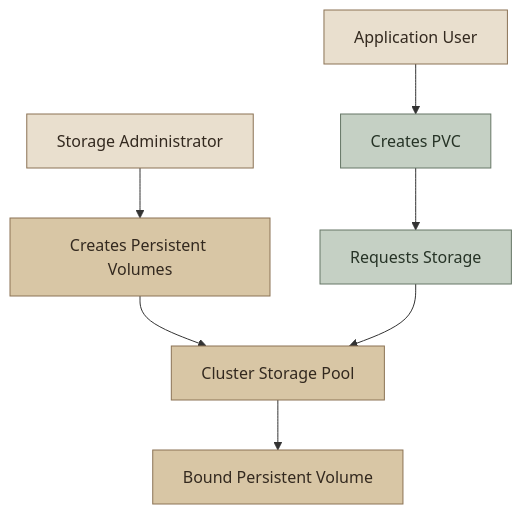
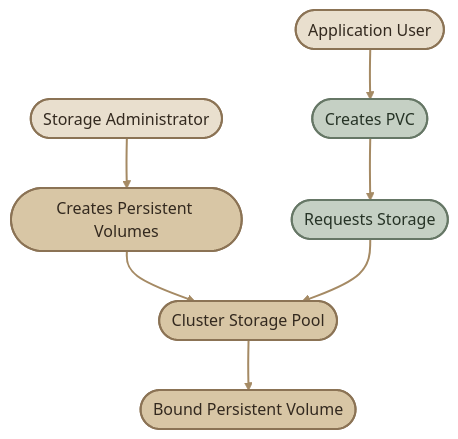
Before and after one commit to mustafammasoud/ops-handbook: the first of 2 diagrams in content/container-orchestration/kubernetes/Storage/persistent-volumes.mdx, drawn with Mermaid. The commit also changed other lines of this file and 2 other files, not shown here.

Commit message:
docs(kubernetes): editing in content

````diff
--- a/content/container-orchestration/kubernetes/Storage/persistent-volumes.mdx
+++ b/content/container-orchestration/kubernetes/Storage/persistent-volumes.mdx
@@ -46,17 +44,19 @@
 ```mermaid
 flowchart TD
-    A["Storage Administrator"] --> B["Creates Persistent Volumes"]
-    B --> C["Cluster Storage Pool"]
-    D["Application User"] --> E["Creates PVC"]
-    E --> F["Requests Storage"]
+    A(["Storage Administrator"]) --> B(["Creates Persistent Volumes"])
+    B --> C(["Cluster Storage Pool"])
+    D(["Application User"]) --> E(["Creates PVC"])
+    E --> F(["Requests Storage"])
     F --> C
-    C --> G["Bound Persistent Volume"]
+    C --> G(["Bound Persistent Volume"])
 
-    classDef admin fill:#e9dfce,stroke:#8b7355,color:#33291f
-    classDef storage fill:#d8c6a5,stroke:#8b7355,color:#33291f
-    classDef user fill:#c5d0c4,stroke:#667766,color:#263326
+    classDef admin fill:#e9dfce,stroke:#8b7355,color:#33291f,stroke-width:2px
+    classDef storage fill:#d8c6a5,stroke:#8b7355,color:#33291f,stroke-width:2px
+    classDef user fill:#c5d0c4,stroke:#667766,color:#263326,stroke-width:2px
 
     class A,D admin
     class B,C,G storage
     class E,F user
+
+    linkStyle default stroke:#a58a64,stroke-width:2px
 ```
````
